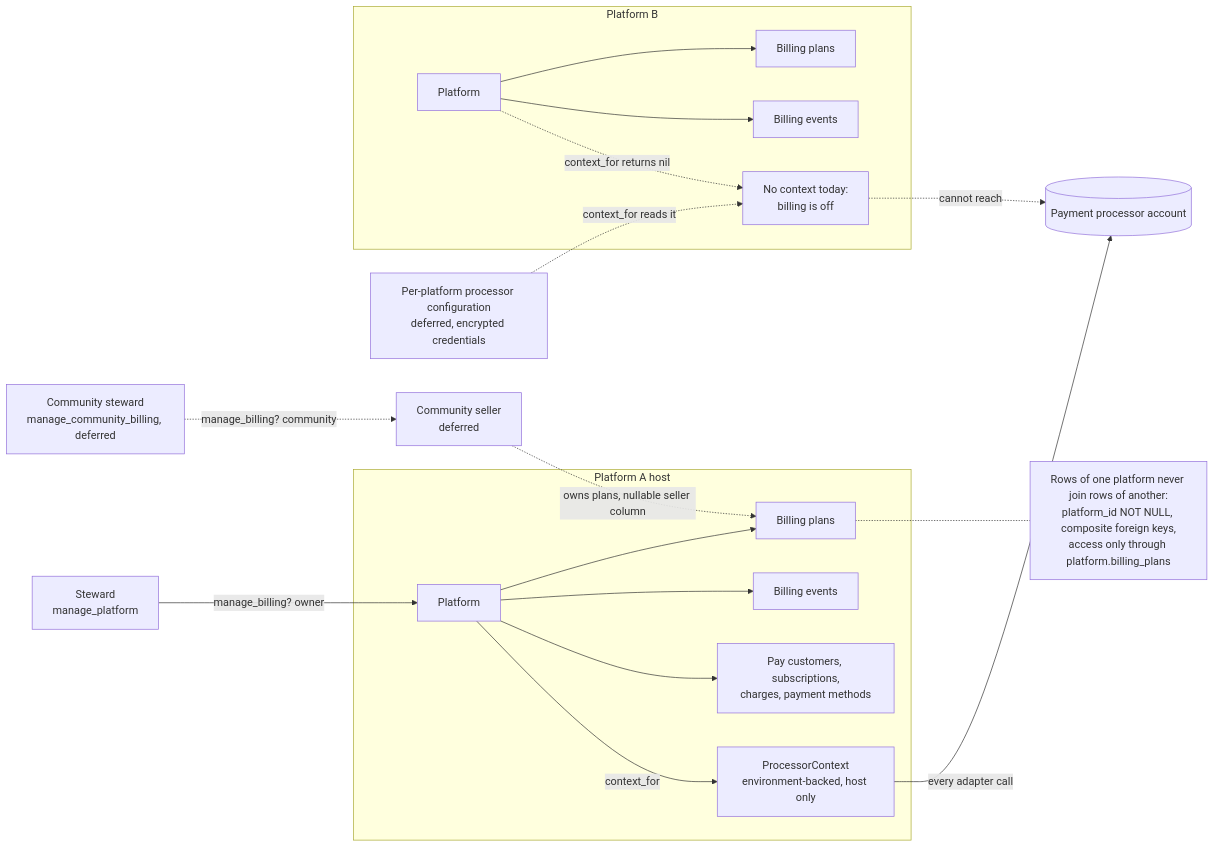
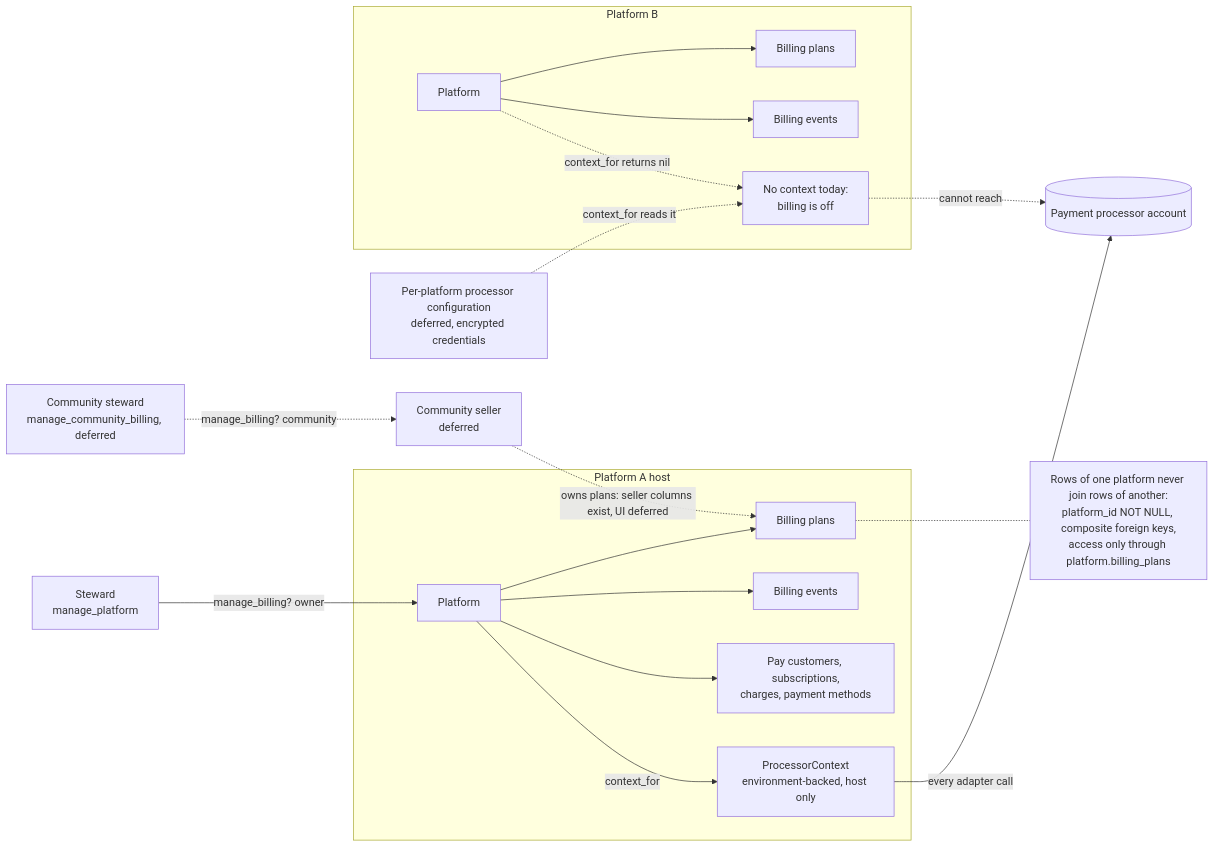
The diagram in docs/diagrams/source/billing_tenancy_and_ownership_model.mmd (better-together-org/community-engine-rails), drawn with Mermaid before and after one commit. The commit also changed 20 other files, not shown here.

First line of the commit message:
feat(billing): plans can be paid outside a processor and sold by a seller

```diff
--- a/docs/diagrams/source/billing_tenancy_and_ownership_model.mmd
+++ b/docs/diagrams/source/billing_tenancy_and_ownership_model.mmd
@@ -1,35 +1,35 @@
 %% Billing — tenancy and ownership. Solid lines exist today. Dashed lines are the designed-for,
 %% not-yet-built shape: a per-platform processor configuration and community-defined plans.
 flowchart LR
   subgraph Platform_A[Platform A host]
     PA[Platform]
     CA[ProcessorContext<br/>environment-backed, host only]
     PLA[Billing plans]
     EA[Billing events]
     PYA[Pay customers, subscriptions,<br/>charges, payment methods]
   end
   subgraph Platform_B[Platform B]
     PB[Platform]
     CB[No context today:<br/>billing is off]
     PLB[Billing plans]
     EB[Billing events]
   end
   PROC[(Payment processor account)]
   PA --> PLA
   PA --> EA
   PA --> PYA
   PB --> PLB
   PB --> EB
   PA -->|context_for| CA
   CA -->|every adapter call| PROC
   PB -.->|context_for returns nil| CB
   CB -.->|cannot reach| PROC
   PLA -.- X1[Rows of one platform never join rows of another:<br/>platform_id NOT NULL, composite foreign keys,<br/>access only through platform.billing_plans]
   SELLER[Community seller<br/>deferred]
-  SELLER -.->|owns plans, nullable seller column| PLA
+  SELLER -.->|owns plans: seller columns exist, UI deferred| PLA
   CFG[Per-platform processor configuration<br/>deferred, encrypted credentials]
   CFG -.->|context_for reads it| CB
   MGR[Steward<br/>manage_platform]
   MGR -->|manage_billing? owner| PA
   CMGR[Community steward<br/>manage_community_billing, deferred]
   CMGR -.->|manage_billing? community| SELLER
```
